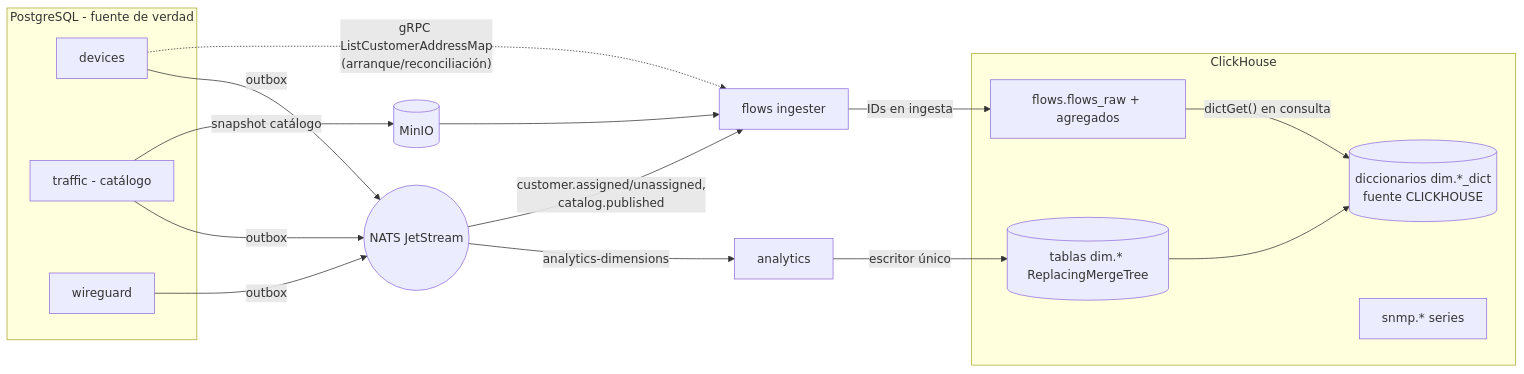
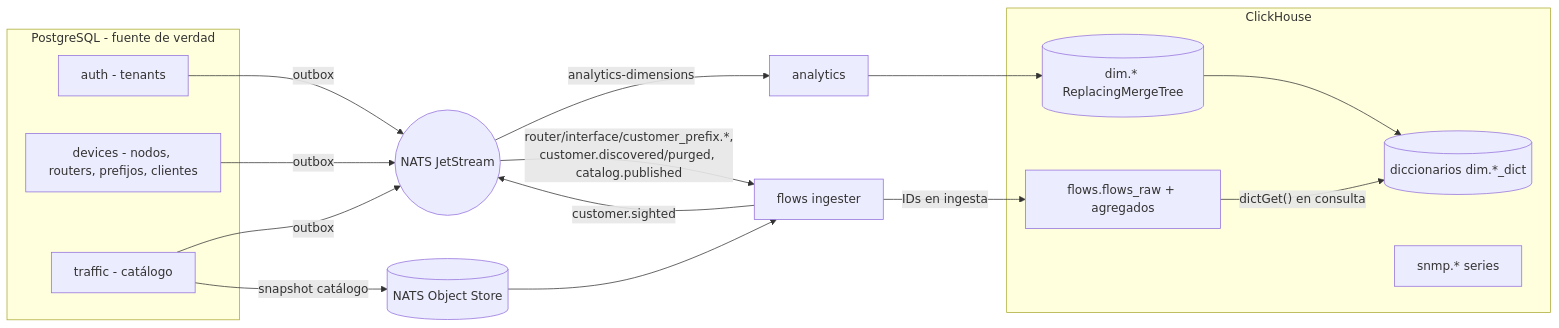
The fourth of 4 diagrams in docs/database.md (HCDestroyer/horus-flow), drawn with Mermaid before and after one commit. The commit also changed other lines of this file and 12 other files, not shown here.

````diff
--- a/docs/database.md
+++ b/docs/database.md
@@ -412,26 +432,26 @@
 ```mermaid
 flowchart LR
   subgraph PG[PostgreSQL - fuente de verdad]
-    D[devices]
+    A[auth - tenants]
+    D[devices - nodos, routers, prefijos, clientes]
     T[traffic - catálogo]
-    W[wireguard]
   end
   NATS((NATS JetStream))
+  A -- outbox --> NATS
   D -- outbox --> NATS
   T -- outbox --> NATS
-  W -- outbox --> NATS
-  T -- "snapshot catálogo" --> M[(MinIO)]
+  T -- "snapshot catálogo" --> OS[(NATS Object Store)]
   subgraph CH[ClickHouse]
-    DIM[(tablas dim.* ReplacingMergeTree)]
-    DICT[(diccionarios dim.*_dict<br/>fuente CLICKHOUSE)]
+    DIM[(dim.* ReplacingMergeTree)]
+    DICT[(diccionarios dim.*_dict)]
     F[flows.flows_raw + agregados]
     S[snmp.* series]
   end
-  NATS -- "analytics-dimensions" --> AN[analytics] -- "escritor único" --> DIM
+  NATS -- "analytics-dimensions" --> AN[analytics] --> DIM
   DIM --> DICT
-  NATS -- "customer.assigned/unassigned,<br/>catalog.published" --> ING[flows ingester]
-  M --> ING
-  D -. "gRPC ListCustomerAddressMap<br/>(arranque/reconciliación)" .-> ING
+  NATS -- "router/interface/customer_prefix.*,<br/>customer.discovered/purged, catalog.published" --> ING[flows ingester]
+  OS --> ING
+  ING -- "customer.sighted" --> NATS
   ING -- "IDs en ingesta" --> F
   F -- "dictGet() en consulta" --> DICT
 ```
````
